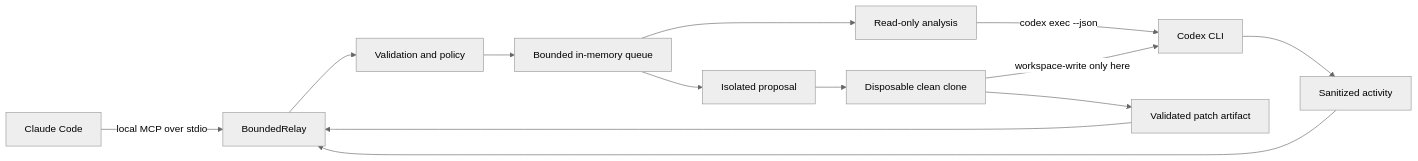
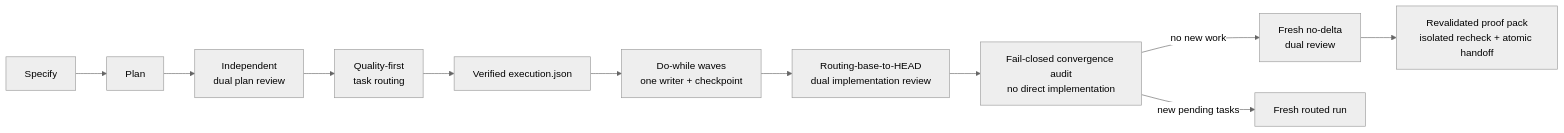
One commit to mohammad19974/bounded-relay changed the second of 2 diagrams in README.md. Above: the diagram before and after it, drawn with Mermaid (neutral theme). The commit also changed other lines of this file and 118 other files, not shown here.

````diff
--- a/README.md
+++ b/README.md
@@ -242,15 +355,13 @@
 ```mermaid
 flowchart LR
-    Claude[Claude Code] -->|local MCP over stdio| Relay[BoundedRelay]
-    Relay --> Policy[Validation and policy]
-    Policy --> Queue[Bounded in-memory queue]
-    Queue --> Analyze[Read-only analysis]
-    Queue --> Proposal[Isolated proposal]
-    Analyze -->|codex exec --json| Codex[Codex CLI]
-    Proposal --> Clone[Disposable clean clone]
-    Clone -->|workspace-write only here| Codex
-    Codex --> Events[Sanitized activity]
-    Clone --> Patch[Validated patch artifact]
-    Events --> Relay
-    Patch --> Relay
+    S[Specify] --> P[Plan]
+    P --> PR[Independent<br/>dual plan review]
+    PR --> R[Quality-first<br/>task routing]
+    R --> X[Verified execution.json]
+    X --> W[Do-while waves<br/>one writer + checkpoint]
+    W --> IR[Routing-base-to-HEAD<br/>dual implementation review]
+    IR --> V[Fail-closed convergence audit<br/>no direct implementation]
+    V -->|no new work| CR[Fresh no-delta<br/>dual review]
+    V -->|new pending tasks| NR[Fresh routed run]
+    CR --> E[Revalidated proof pack<br/>isolated recheck + atomic handoff]
 ```
````
